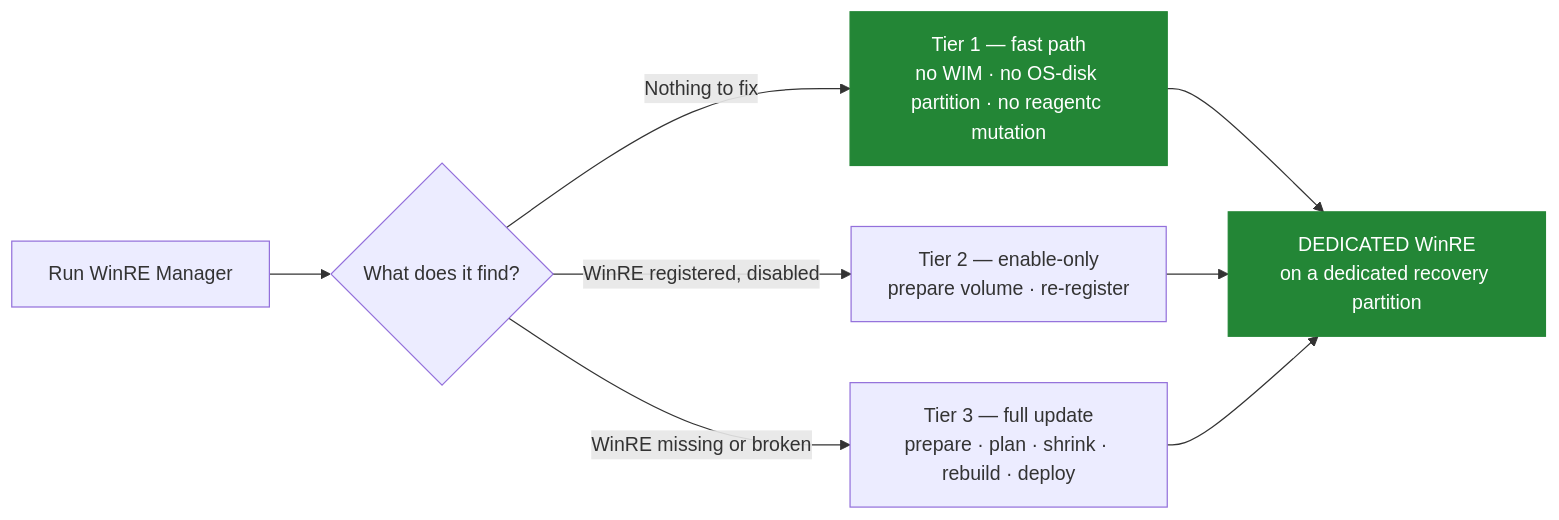
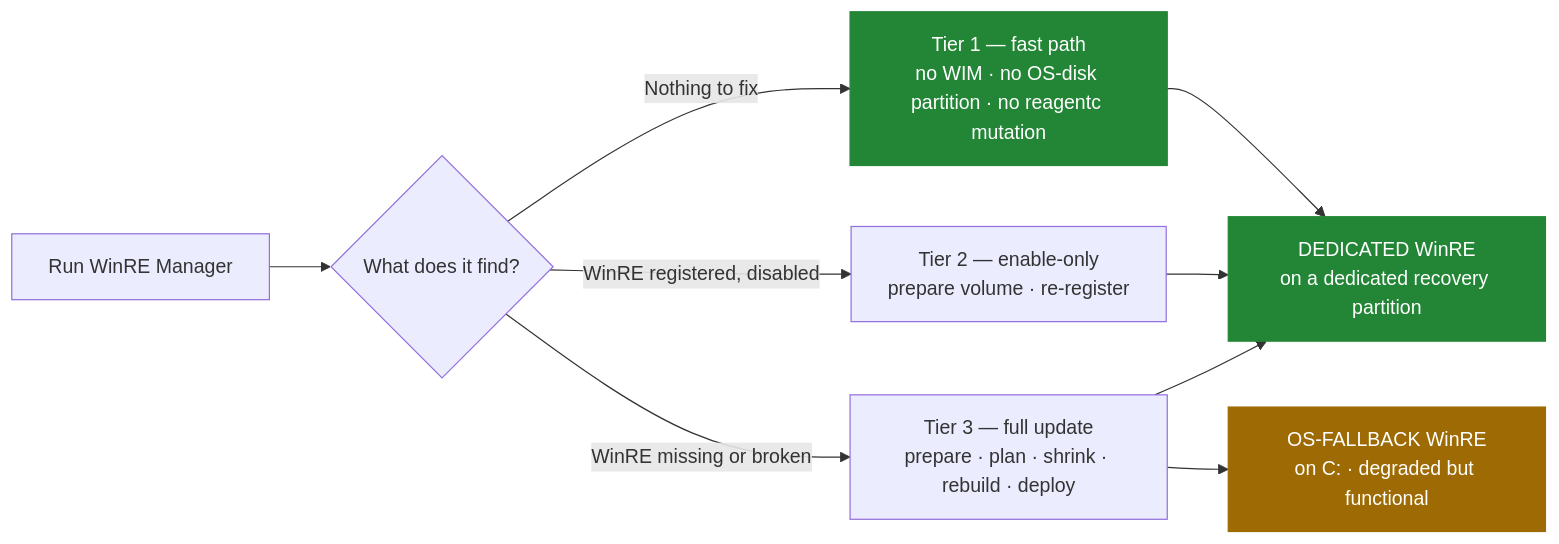
One commit to ArthurJDurand/WinRE-Manager changed the second of 2 diagrams in README.md. Above: the diagram before and after it, drawn with Mermaid. The commit also changed other lines of this file and 3 other files, not shown here.

````diff
--- a/README.md
+++ b/README.md
@@ -148,13 +150,15 @@
 ```mermaid
 flowchart LR
     Start["Run WinRE Manager"] --> Check{"What does it find?"}
     Check -->|"Nothing to fix"| Fast["Tier 1 — fast path<br/>no WIM · no OS-disk partition · no reagentc mutation"]
     Check -->|"WinRE registered, disabled"| Enable["Tier 2 — enable-only<br/>prepare volume · re-register"]
     Check -->|"WinRE missing or broken"| Full["Tier 3 — full update<br/>prepare · plan · shrink · rebuild · deploy"]
-    Fast --> End["DEDICATED WinRE<br/>on a dedicated recovery partition"]
-    Enable --> End
-    Full --> End
+    Fast --> Dedicated["DEDICATED WinRE<br/>on a dedicated recovery partition"]
+    Enable --> Dedicated
+    Full --> Dedicated
+    Full --> Fallback["OS-FALLBACK WinRE<br/>on C: · degraded but functional"]
 
     style Fast fill:#238636,stroke:#238636,color:#fff
-    style End fill:#238636,stroke:#238636,color:#fff
+    style Dedicated fill:#238636,stroke:#238636,color:#fff
+    style Fallback fill:#9e6a03,stroke:#9e6a03,color:#fff
 ```
````
